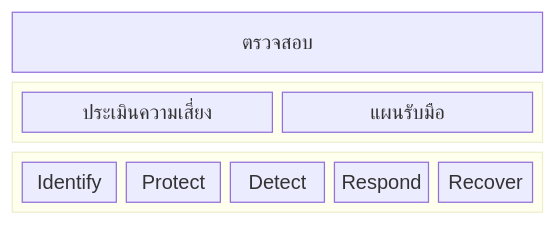
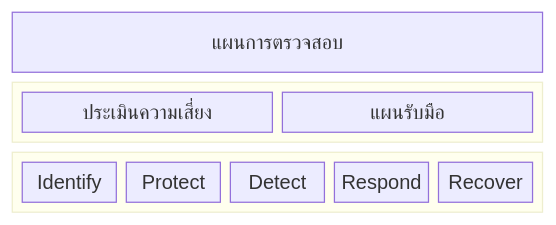
One commit to Kietpawpan/pdpa changed the second of 10 diagrams in README.md. Above: the diagram before and after it, drawn with Mermaid.

````diff
--- a/README.md
+++ b/README.md
@@ -26,14 +26,14 @@
 ```mermaid
 block-beta
   columns 3
-  Z["ตรวจสอบ"]:3
+  Z["แผนการตรวจสอบ"]:3
   block:group1:3
   %% columns auto (default)
     ประเมินความเสี่ยง
     แผนรับมือ
  end
   block:group2:3
     %% columns auto (default)
     Identify Protect Detect Respond Recover
 end
 ```
````
